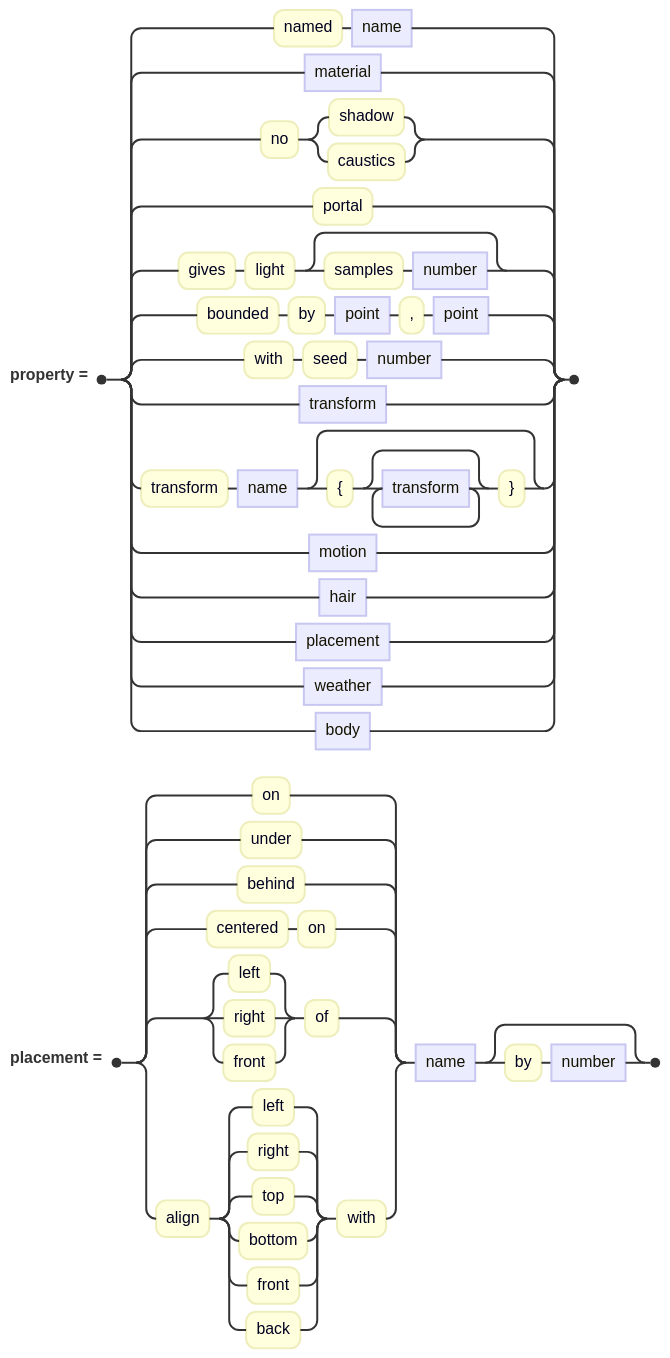
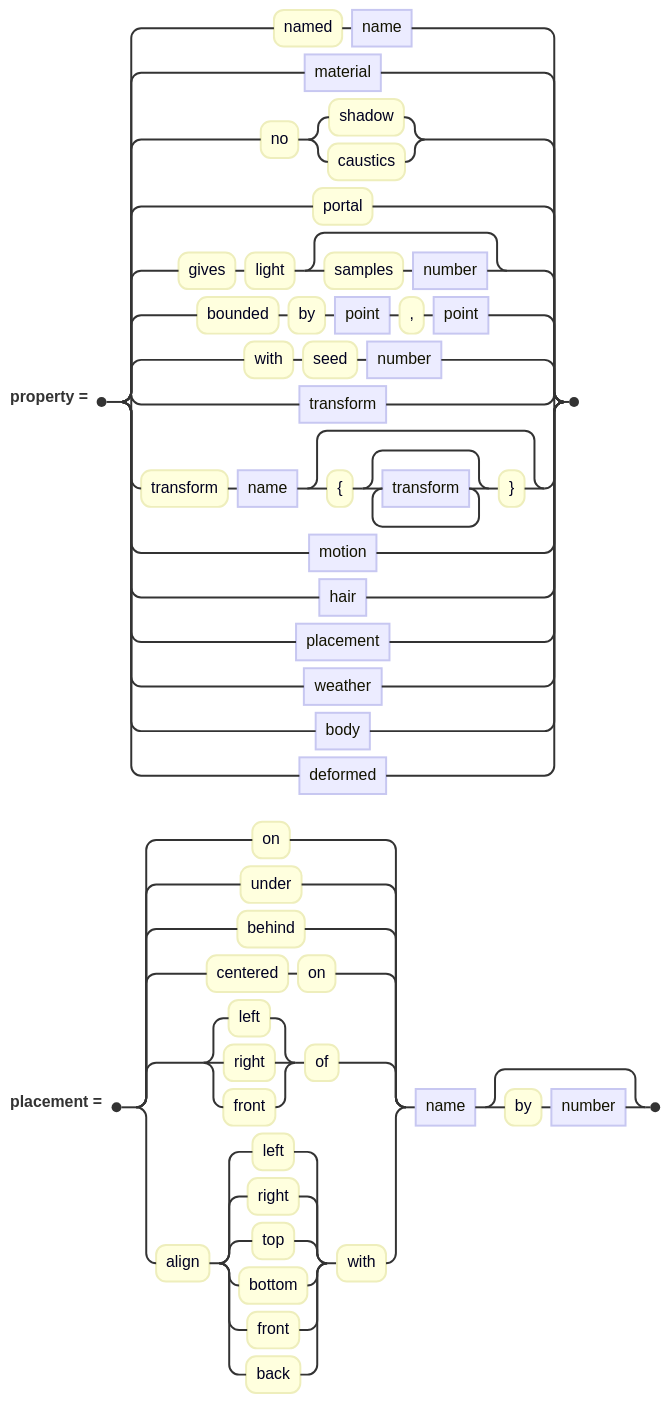
Before and after one commit to jskress/RayTracer: the diagram in docs/diagrams/surfaces/surfaceEntryClause.mmd, drawn with Mermaid. The commit also changed 31 other files, not shown here.

```diff
--- a/docs/diagrams/surfaces/surfaceEntryClause.mmd
+++ b/docs/diagrams/surfaces/surfaceEntryClause.mmd
@@ -1,11 +1,11 @@
 railroad-ebnf-beta
 title "Properties every surface has"
 
 property = "named" name | material | "no" ( "shadow" | "caustics" ) | "portal"
          | "gives" "light" [ "samples" number ] | "bounded" "by" point "," point
          | "with" "seed" number | transform | "transform" name [ "{" { transform } "}" ]
-         | motion | hair | placement | weather | body ;
+         | motion | hair | placement | weather | body | deformed ;
 
 placement = ( "on" | "under" | "behind" | "centered" "on" | ( "left" | "right" | "front" ) "of"
             | "align" ( "left" | "right" | "top" | "bottom" | "front" | "back" ) "with" )
             name [ "by" number ] ;
```
